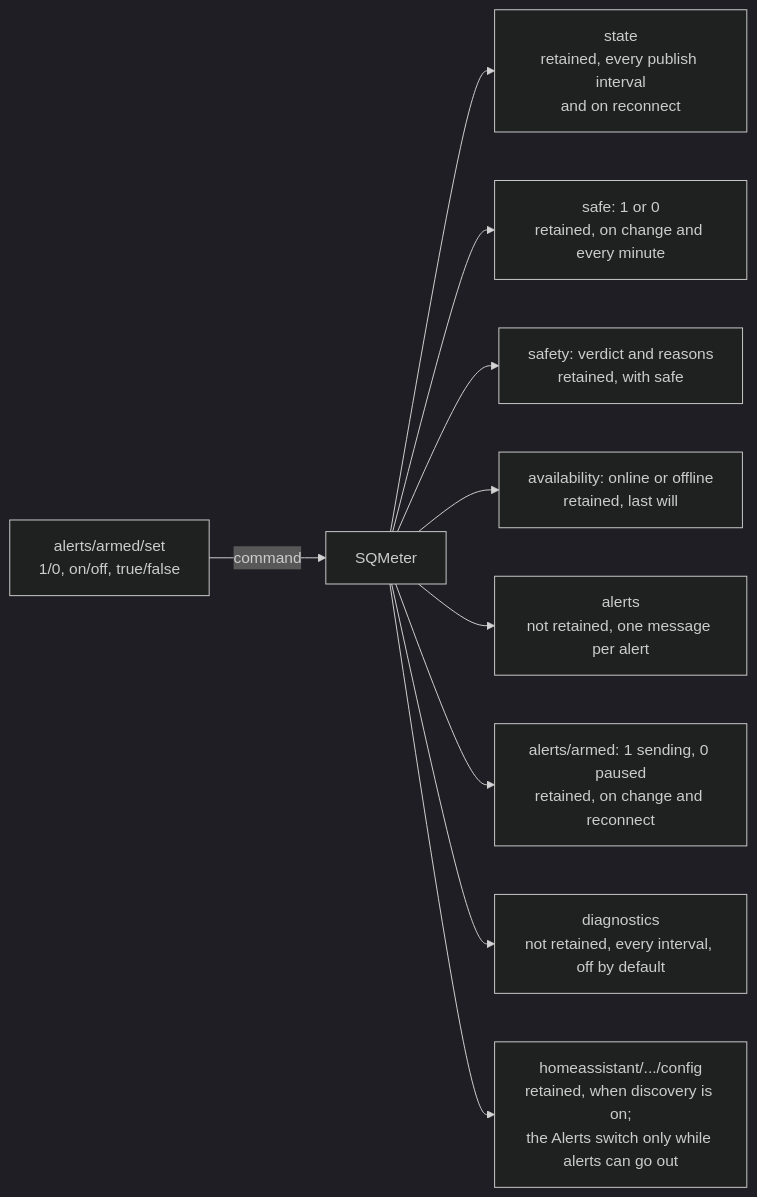
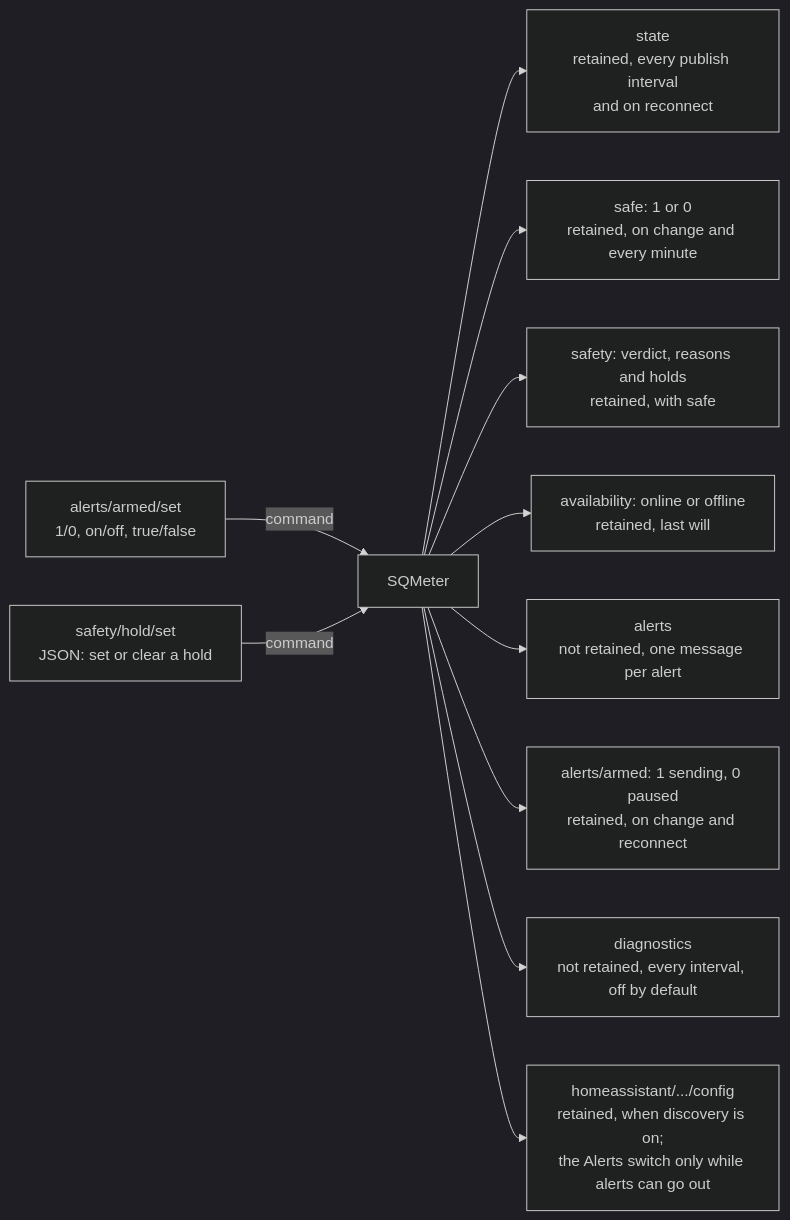
One commit to DeanJ87/SQMeter changed the diagram in docs/user-guide/mqtt.md. Above: the diagram before and after it, drawn with Mermaid (dark theme). The commit also changed other lines of this file and 79 other files, not shown here.

First line of the commit message:
Safety holds: other systems hold the SafetyMonitor unsafe per event (spec 035) (#187)

````diff
--- a/docs/user-guide/mqtt.md
+++ b/docs/user-guide/mqtt.md
@@ -60,14 +61,15 @@
 ```mermaid
 flowchart LR
     accTitle: MQTT topic map
-    accDescr: SQMeter listens on alerts/armed/set and publishes state, safe, safety, availability, alerts, alerts/armed and diagnostics under its base topic, plus Home Assistant discovery under the discovery prefix.
+    accDescr: SQMeter listens on alerts/armed/set and safety/hold/set and publishes state, safe, safety, availability, alerts, alerts/armed and diagnostics under its base topic, plus Home Assistant discovery under the discovery prefix.
     SET["alerts/armed/set<br/>1/0, on/off, true/false"] -->|command| D["SQMeter"]
+    HOLD["safety/hold/set<br/>JSON: set or clear a hold"] -->|command| D
     D --> STATE["state<br/>retained, every publish interval<br/>and on reconnect"]
     D --> SAFE["safe: 1 or 0<br/>retained, on change and every minute"]
-    D --> SAFETY["safety: verdict and reasons<br/>retained, with safe"]
+    D --> SAFETY["safety: verdict, reasons and holds<br/>retained, with safe"]
     D --> AVAIL["availability: online or offline<br/>retained, last will"]
     D --> ALERTS["alerts<br/>not retained, one message per alert"]
     D --> ARMED["alerts/armed: 1 sending, 0 paused<br/>retained, on change and reconnect"]
     D --> DIAG["diagnostics<br/>not retained, every interval, off by default"]
     D --> DISC["homeassistant/.../config<br/>retained, when discovery is on;<br/>the Alerts switch only while alerts can go out"]
 ```
````
